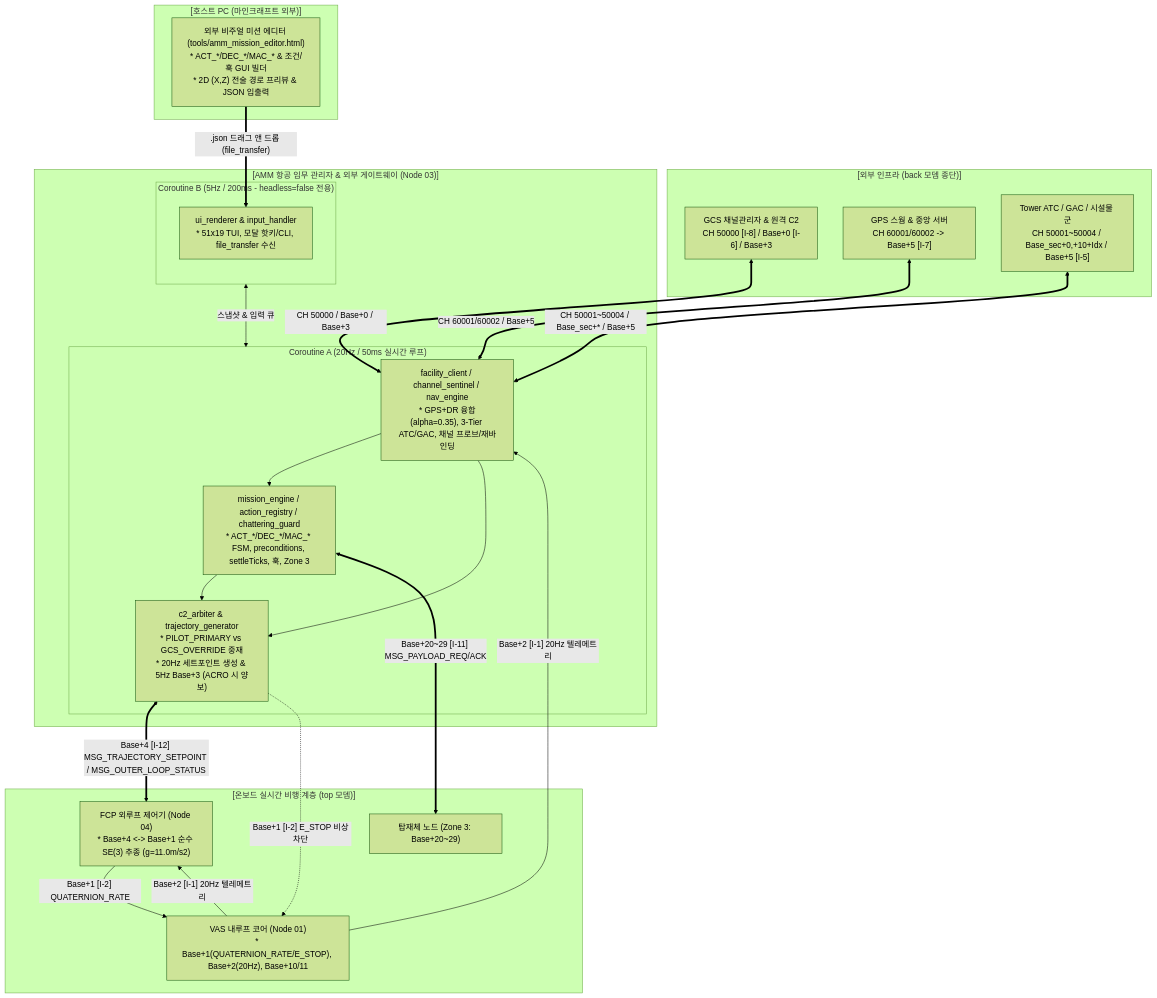
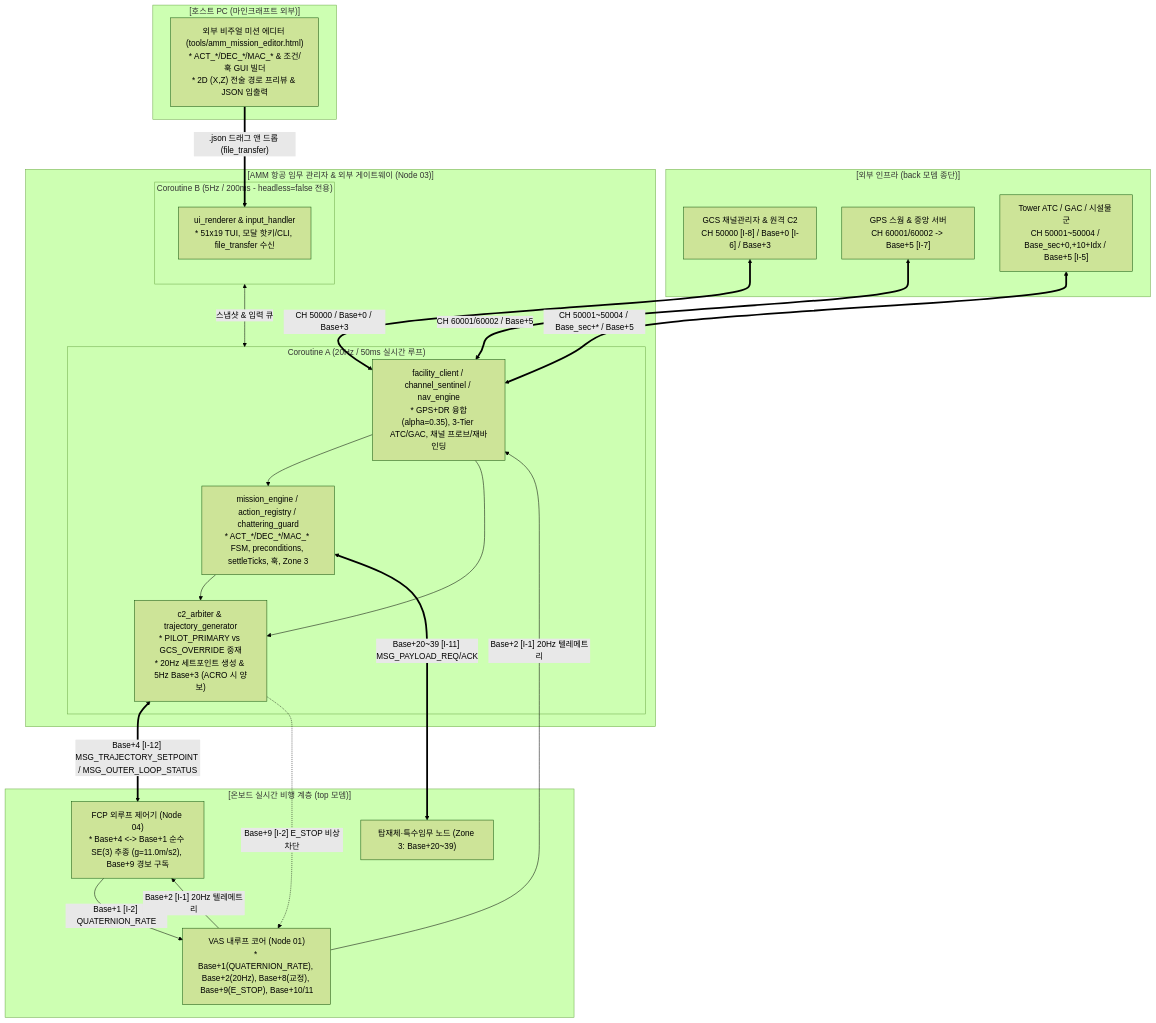
Before and after one commit to Polimachi/Aeroneutics_Autopilot: the first of 2 diagrams in docs/specs/3_planning/amm/AMM_PROGRAM_SPECIFICATION.md, drawn with Mermaid (forest theme). The commit also changed other lines of this file and 10 other files, not shown here.

````diff
--- a/docs/specs/3_planning/amm/AMM_PROGRAM_SPECIFICATION.md
+++ b/docs/specs/3_planning/amm/AMM_PROGRAM_SPECIFICATION.md
@@ -68,44 +69,44 @@
 ```mermaid
 flowchart TD
     subgraph HOST_PC["[호스트 PC (마인크래프트 외부)]"]
         EXT_EDIT["외부 비주얼 미션 에디터 (tools/amm_mission_editor.html)<br/>* ACT_*/DEC_*/MAC_* & 조건/훅 GUI 빌더<br/>* 2D (X,Z) 전술 경로 프리뷰 & JSON 입출력"]
     end
 
     subgraph EXTERNAL_INFRA["[외부 인프라 (back 모뎀 종단)]"]
         GCS["GCS 채널관리자 & 원격 C2<br/>CH 50000 [I-8] / Base+0 [I-6] / Base+3"]
         GPS["GPS 스웜 & 중앙 서버<br/>CH 60001/60002 -> Base+5 [I-7]"]
         ATC_GAC["Tower ATC / GAC / 시설물 군<br/>CH 50001~50004 / Base_sec+0,+10+Idx / Base+5 [I-5]"]
     end
 
     subgraph AMM_NODE["[AMM 항공 임무 관리자 & 외부 게이트웨이 (Node 03)]"]
         subgraph CORO_A["Coroutine A (20Hz / 50ms 실시간 루프)"]
             AMM_GW["facility_client / channel_sentinel / nav_engine<br/>* GPS+DR 융합(alpha=0.35), 3-Tier ATC/GAC, 채널 프로브/재바인딩"]
             AMM_CORE["mission_engine / action_registry / chattering_guard<br/>* ACT_*/DEC_*/MAC_* FSM, preconditions, settleTicks, 훅, Zone 3"]
             AMM_TRAJ["c2_arbiter & trajectory_generator<br/>* PILOT_PRIMARY vs GCS_OVERRIDE 중재<br/>* 20Hz 세트포인트 생성 & 5Hz Base+3 (ACRO 시 양보)"]
             AMM_GW --> AMM_CORE
             AMM_CORE --> AMM_TRAJ
             AMM_GW --> AMM_TRAJ
         end
         subgraph CORO_B["Coroutine B (5Hz / 200ms - headless=false 전용)"]
             AMM_UI["ui_renderer & input_handler<br/>* 51x19 TUI, 모달 핫키/CLI, file_transfer 수신"]
         end
         CORO_B <-->|"스냅샷 & 입력 큐"| CORO_A
     end
 
     subgraph ONBOARD_BUS["[온보드 실시간 비행 계층 (top 모뎀)]"]
-        FCP["FCP 외루프 제어기 (Node 04)<br/>* Base+4 <-> Base+1 순수 SE(3) 추종 (g=11.0m/s2)"]
-        VAS["VAS 내루프 코어 (Node 01)<br/>* Base+1(QUATERNION_RATE/E_STOP), Base+2(20Hz), Base+10/11"]
-        PAYLOAD["탑재체 노드 (Zone 3: Base+20~29)"]
+        FCP["FCP 외루프 제어기 (Node 04)<br/>* Base+4 <-> Base+1 순수 SE(3) 추종 (g=11.0m/s2), Base+9 경보 구독"]
+        VAS["VAS 내루프 코어 (Node 01)<br/>* Base+1(QUATERNION_RATE), Base+2(20Hz), Base+8(교정), Base+9(E_STOP), Base+10/11"]
+        PAYLOAD["탑재체·특수임무 노드 (Zone 3: Base+20~39)"]
         FCP -->|"Base+1 [I-2] QUATERNION_RATE"| VAS
         VAS -->|"Base+2 [I-1] 20Hz 텔레메트리"| FCP
     end
 
     EXT_EDIT ==>|".json 드래그 앤 드롭 (file_transfer)"| AMM_UI
     GCS <==>|"CH 50000 / Base+0 / Base+3"| AMM_GW
     GPS <==>|"CH 60001/60002 / Base+5"| AMM_GW
     ATC_GAC <==>|"CH 50001~50004 / Base_sec+* / Base+5"| AMM_GW
     AMM_TRAJ <==>|"Base+4 [I-12] MSG_TRAJECTORY_SETPOINT / MSG_OUTER_LOOP_STATUS"| FCP
     VAS -->|"Base+2 [I-1] 20Hz 텔레메트리"| AMM_GW
-    AMM_TRAJ -.->|"Base+1 [I-2] E_STOP 비상차단"| VAS
-    AMM_CORE <==>|"Base+20~29 [I-11] MSG_PAYLOAD_REQ/ACK"| PAYLOAD
+    AMM_TRAJ -.->|"Base+9 [I-2] E_STOP 비상차단"| VAS
+    AMM_CORE <==>|"Base+20~39 [I-11] MSG_PAYLOAD_REQ/ACK"| PAYLOAD
 ```
````
